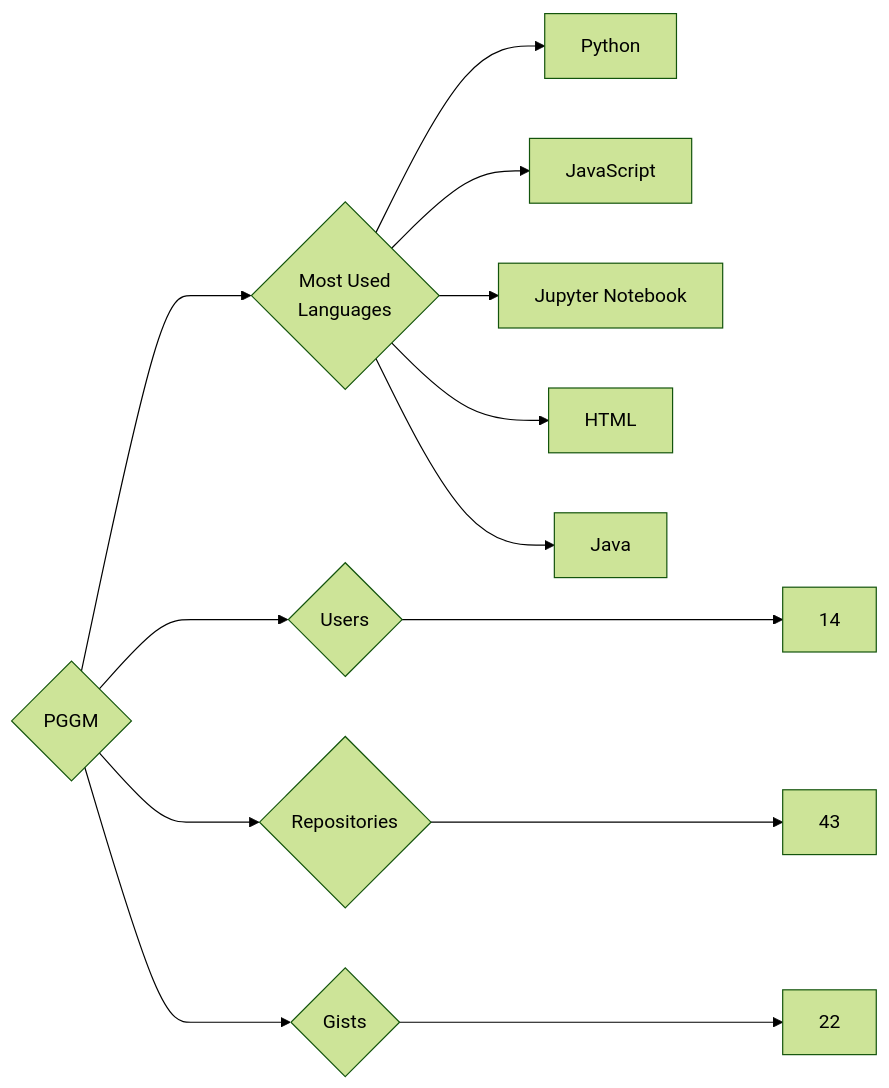
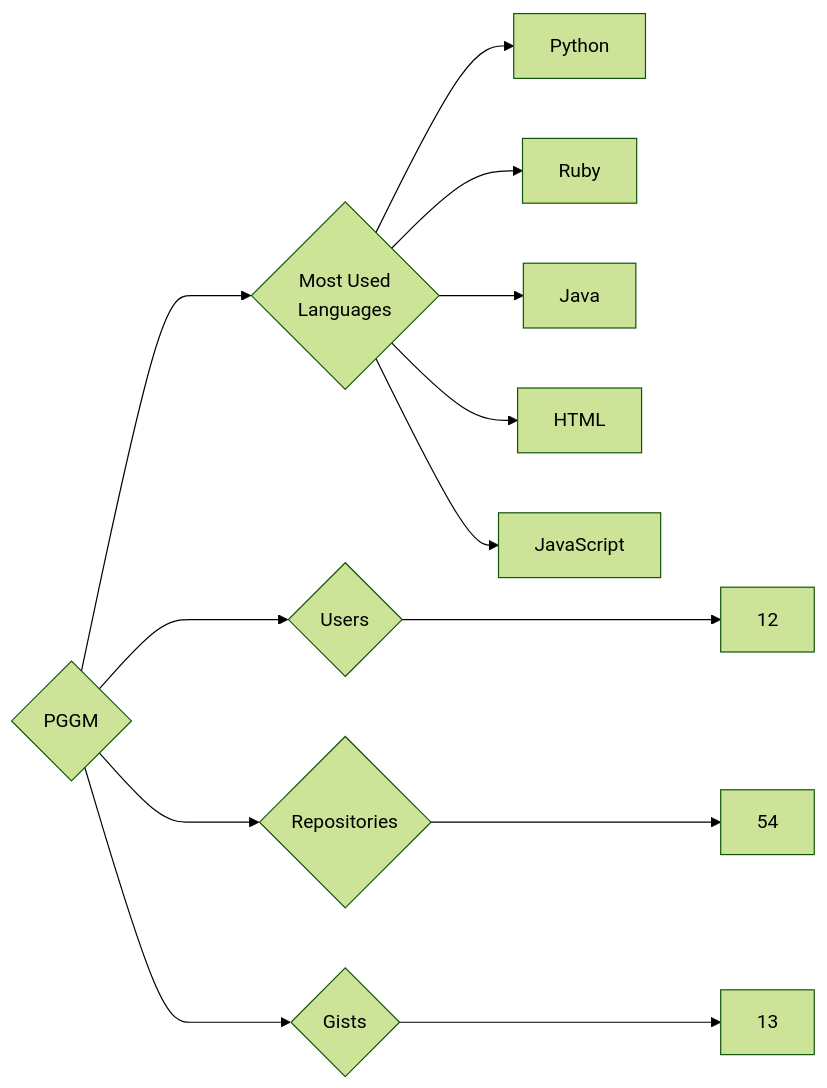
One commit to trickest/insiders changed the diagram in targets/PGGM/README.md. Above: the diagram before and after it, drawn with Mermaid (forest theme). The commit also changed 1011 other files, not shown here.

````diff
--- a/targets/PGGM/README.md
+++ b/targets/PGGM/README.md
@@ -3,13 +3,13 @@
 ```mermaid
 graph LR
 COMPANY_NAME{PGGM}
-COMPANY_NAME ---> U{Users} ---> UN[14]
-COMPANY_NAME ---> R{Repositories} ---> RN[43]
-COMPANY_NAME ---> G{Gists} ---> GN[22]
+COMPANY_NAME ---> U{Users} ---> UN[12]
+COMPANY_NAME ---> R{Repositories} ---> RN[54]
+COMPANY_NAME ---> G{Gists} ---> GN[13]
 COMPANY_NAME ---> ML{Most Used<br>Languages}
 ML --> Python[Python]
+ML --> Ruby[Ruby]
+ML --> Java[Java]
+ML --> HTML[HTML]
 ML --> JavaScript[JavaScript]
-ML --> Jupyter_Notebook[Jupyter Notebook]
-ML --> HTML[HTML]
-ML --> Java[Java]
 ```
````
